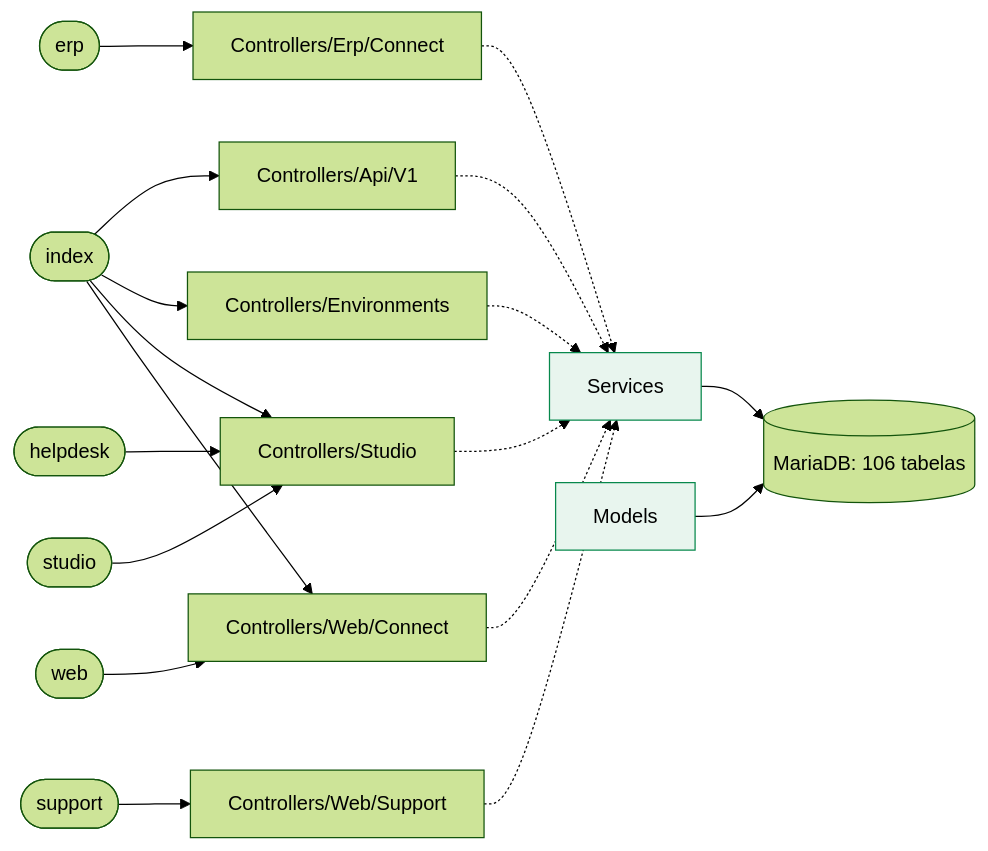
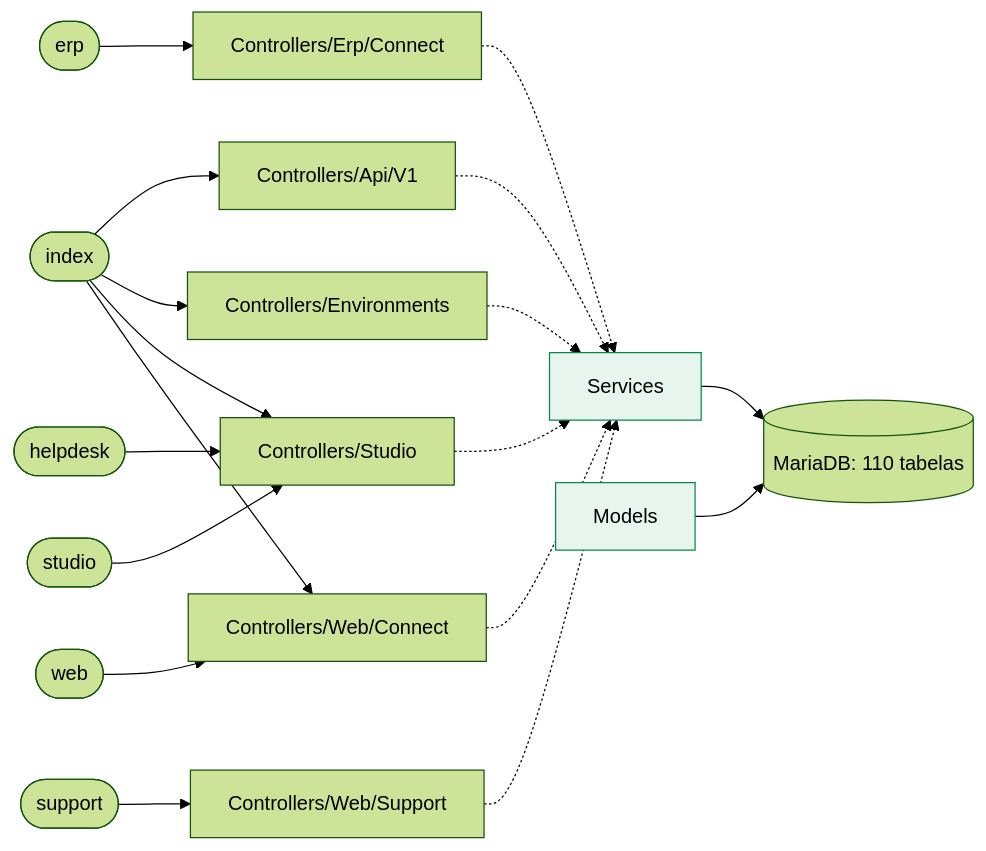
Before and after one commit to djalmamartins/connect-erp: the first of 2 diagrams in docs/map/README.md, drawn with Mermaid (forest theme). The commit also changed other lines of this file and 1 other file, not shown here.

````diff
--- a/docs/map/README.md
+++ b/docs/map/README.md
@@ -13,30 +13,30 @@
 ```mermaid
 flowchart LR
   env_erp(["erp"])
   env_erp --> pkg_Controllers_Erp_Connect["Controllers/Erp/Connect"]
   env_helpdesk(["helpdesk"])
   env_helpdesk --> pkg_Controllers_Studio["Controllers/Studio"]
   env_index(["index"])
   env_index --> pkg_Controllers_Api_V1["Controllers/Api/V1"]
   env_index --> pkg_Controllers_Environments["Controllers/Environments"]
   env_index --> pkg_Controllers_Studio["Controllers/Studio"]
   env_index --> pkg_Controllers_Web_Connect["Controllers/Web/Connect"]
   env_studio(["studio"])
   env_studio --> pkg_Controllers_Studio["Controllers/Studio"]
   env_support(["support"])
   env_support --> pkg_Controllers_Web_Support["Controllers/Web/Support"]
   env_web(["web"])
   env_web --> pkg_Controllers_Web_Connect["Controllers/Web/Connect"]
   pkg_svc["Services"]:::svc
   pkg_mdl["Models"]:::svc
-  db[("MariaDB: 106 tabelas")]
+  db[("MariaDB: 110 tabelas")]
   pkg_Controllers_Api_V1 -.-> pkg_svc
   pkg_Controllers_Environments -.-> pkg_svc
   pkg_Controllers_Erp_Connect -.-> pkg_svc
   pkg_Controllers_Studio -.-> pkg_svc
   pkg_Controllers_Web_Connect -.-> pkg_svc
   pkg_Controllers_Web_Support -.-> pkg_svc
   pkg_svc --> db
   pkg_mdl --> db
   classDef svc fill:#e8f5ee,stroke:#07884c
 ```
````
